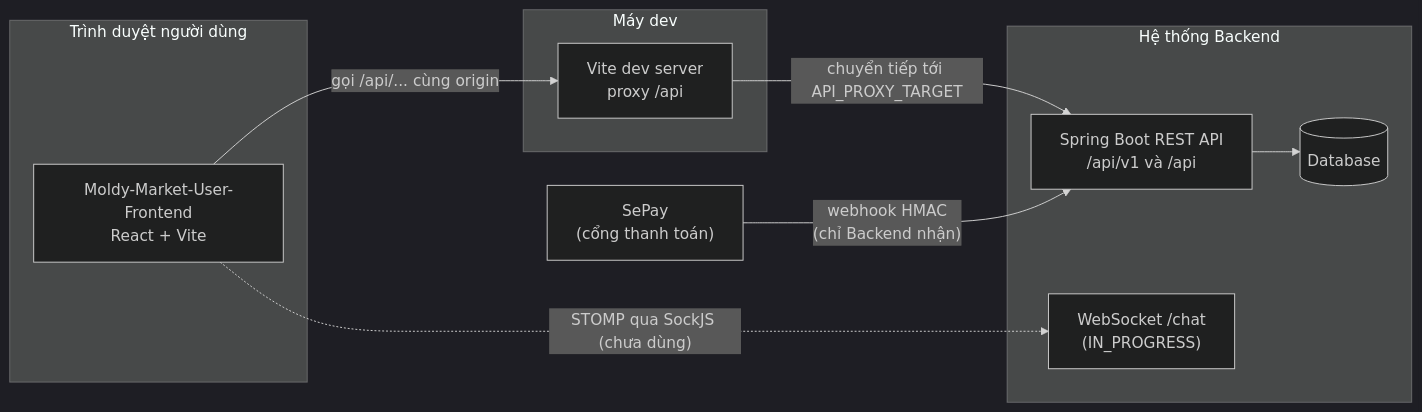
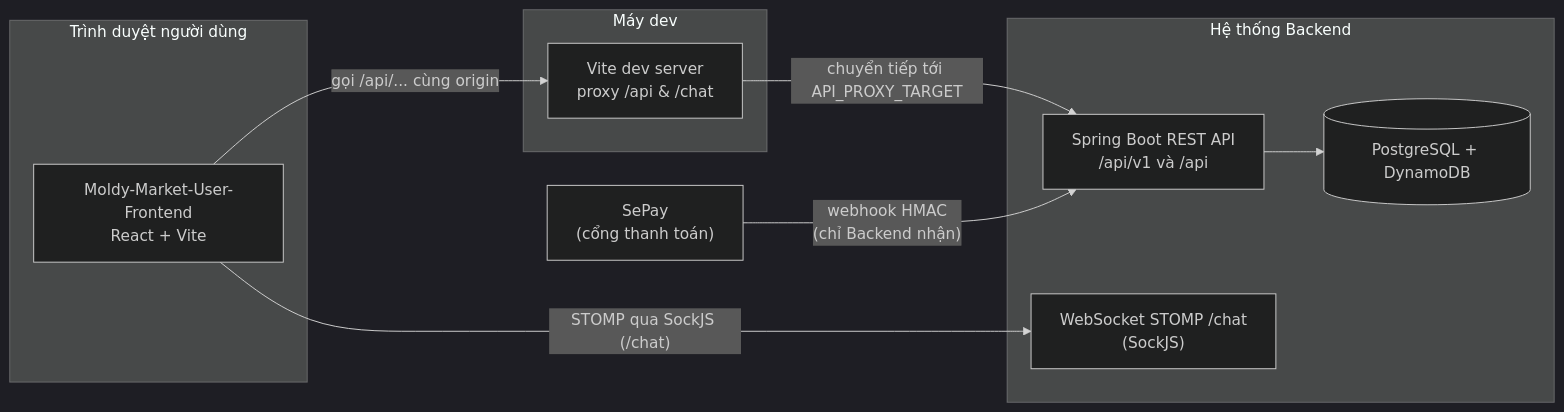
Before and after one commit to Chu0701/Moldy-Market-User-Frontend: the diagram in Moldy-Market-User-Frontend/docs/01-PROJECT-OVERVIEW.md, drawn with Mermaid (dark theme). The commit also changed other lines of this file and 29 other files, not shown here.

````diff
--- a/Moldy-Market-User-Frontend/docs/01-PROJECT-OVERVIEW.md
+++ b/Moldy-Market-User-Frontend/docs/01-PROJECT-OVERVIEW.md
@@ -138,21 +134,21 @@
 ```mermaid
 flowchart LR
   subgraph Client["Trình duyệt người dùng"]
     FE["Moldy-Market-User-Frontend<br/>React + Vite"]
   end
   subgraph Dev["Máy dev"]
-    PX["Vite dev server<br/>proxy /api"]
+    PX["Vite dev server<br/>proxy /api & /chat"]
   end
   subgraph Server["Hệ thống Backend"]
     BE["Spring Boot REST API<br/>/api/v1 và /api"]
-    WS["WebSocket /chat<br/>(IN_PROGRESS)"]
-    DB[("Database")]
+    WS["WebSocket STOMP /chat<br/>(SockJS)"]
+    DB[("PostgreSQL + DynamoDB")]
   end
   SEPAY["SePay<br/>(cổng thanh toán)"]
 
   FE -->|"gọi /api/... cùng origin"| PX
   PX -->|"chuyển tiếp tới API_PROXY_TARGET"| BE
-  FE -.->|"STOMP qua SockJS (chưa dùng)"| WS
+  FE -->|"STOMP qua SockJS (/chat)"| WS
   BE --> DB
   SEPAY -->|"webhook HMAC<br/>(chỉ Backend nhận)"| BE
 ```
````
